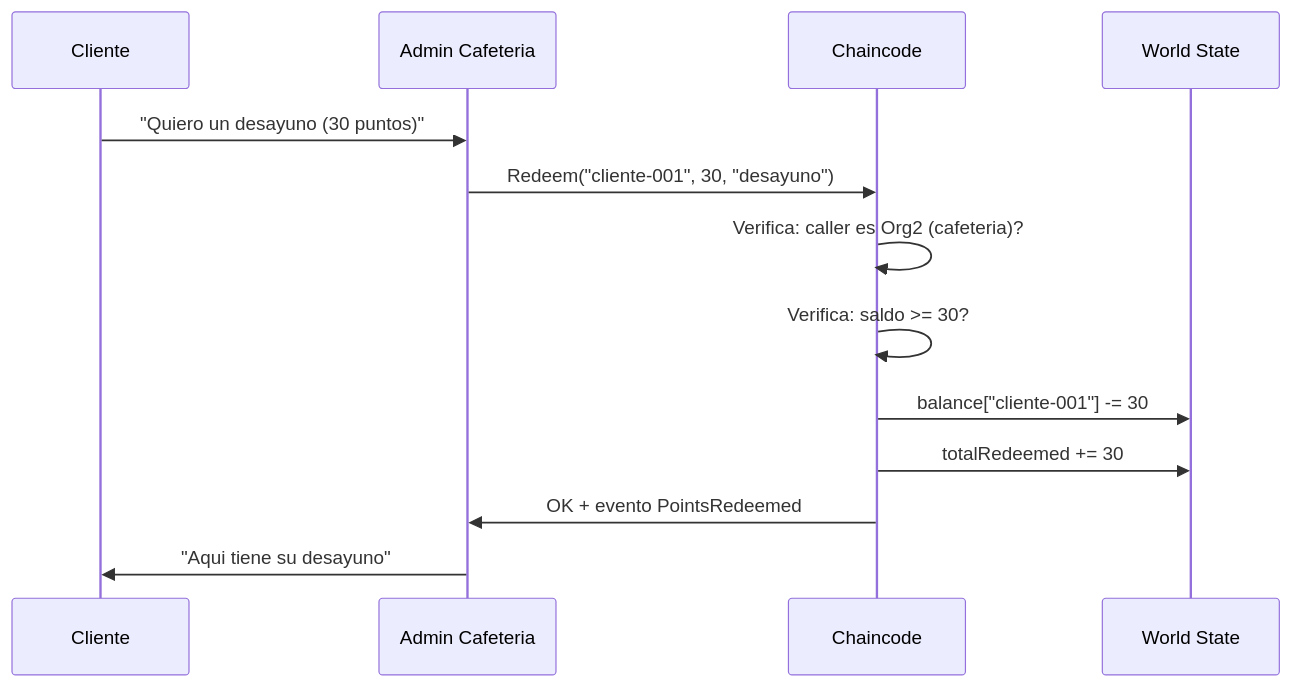
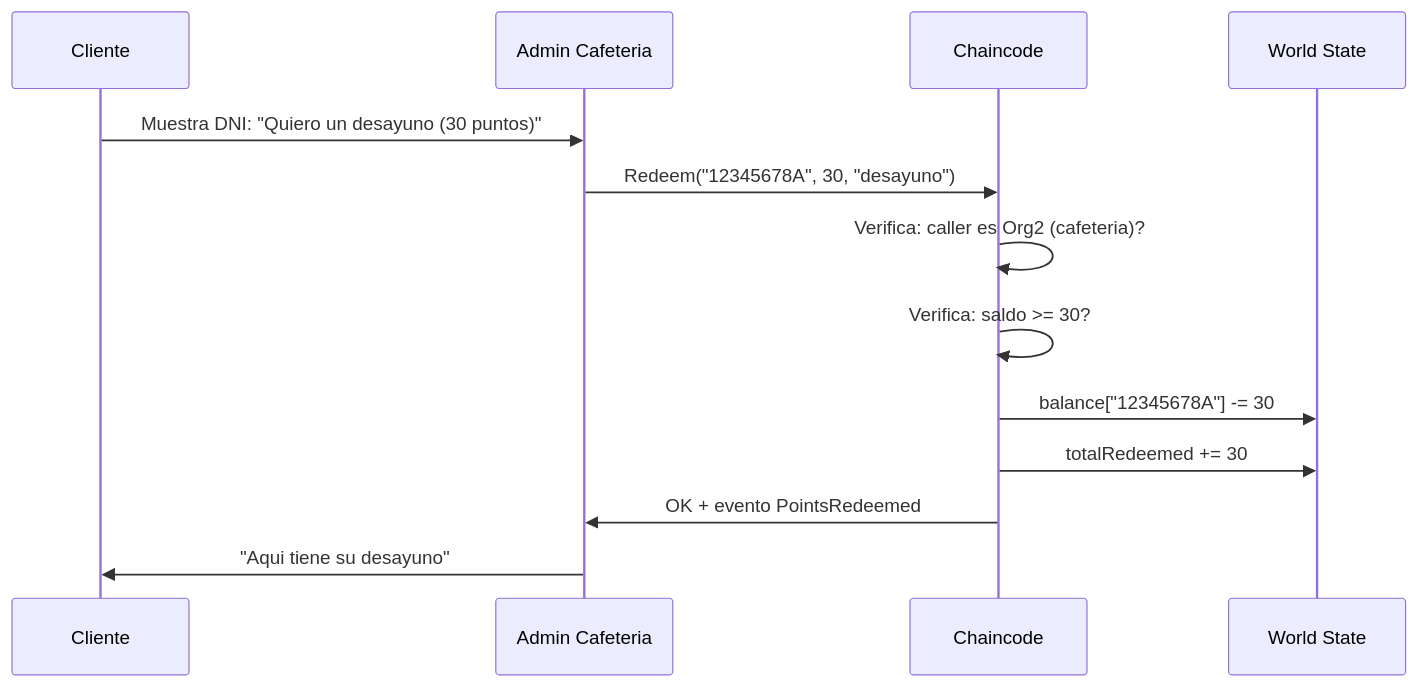
One commit to jjnieto/fabric changed the third of 5 diagrams in docs/modulo-6/01-diseno-funcional.md. Above: the diagram before and after it, drawn with Mermaid. The commit also changed other lines of this file and 4 other files, not shown here.

````diff
--- a/docs/modulo-6/01-diseno-funcional.md
+++ b/docs/modulo-6/01-diseno-funcional.md
@@ -83,16 +83,16 @@
 ```mermaid
 sequenceDiagram
     participant C as Cliente
     participant CA as Admin Cafeteria
     participant CC as Chaincode
     participant WS as World State
 
-    C->>CA: "Quiero un desayuno (30 puntos)"
-    CA->>CC: Redeem("cliente-001", 30, "desayuno")
+    C->>CA: Muestra DNI: "Quiero un desayuno (30 puntos)"
+    CA->>CC: Redeem("12345678A", 30, "desayuno")
     CC->>CC: Verifica: caller es Org2 (cafeteria)?
     CC->>CC: Verifica: saldo >= 30?
-    CC->>WS: balance["cliente-001"] -= 30
+    CC->>WS: balance["12345678A"] -= 30
     CC->>WS: totalRedeemed += 30
     CC->>CA: OK + evento PointsRedeemed
     CA->>C: "Aqui tiene su desayuno"
 ```
````
